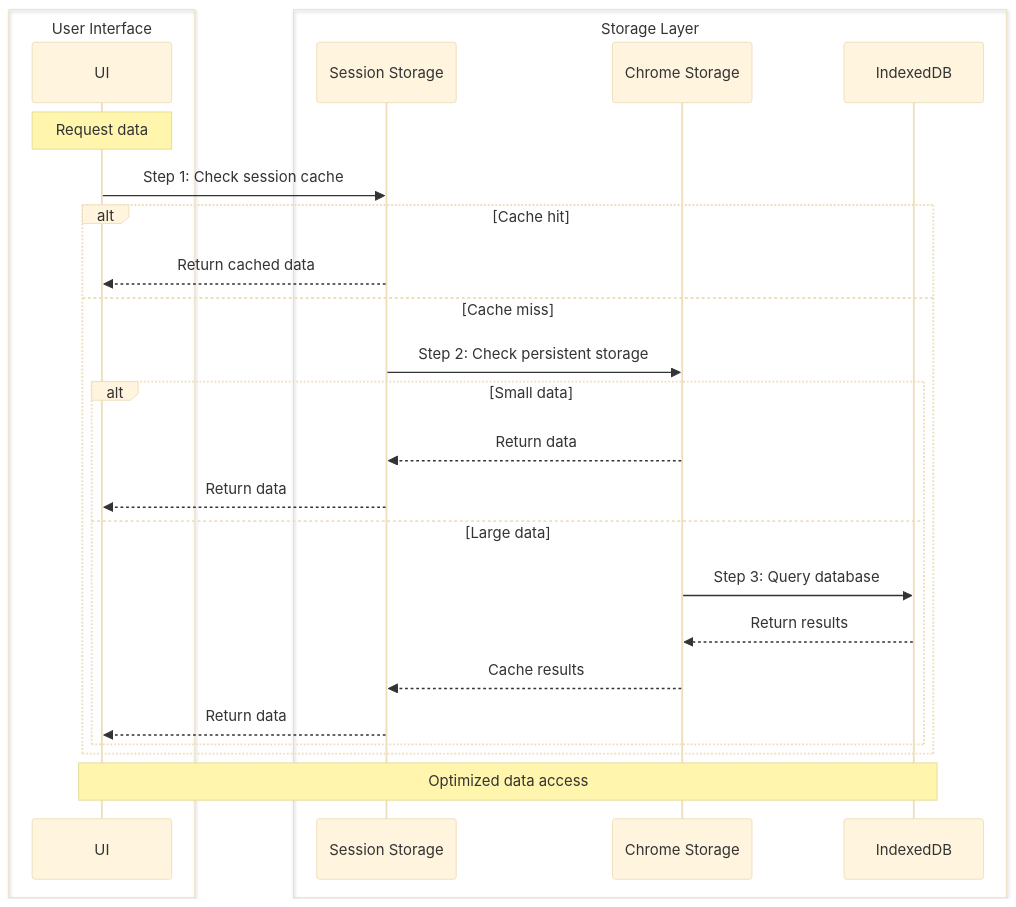
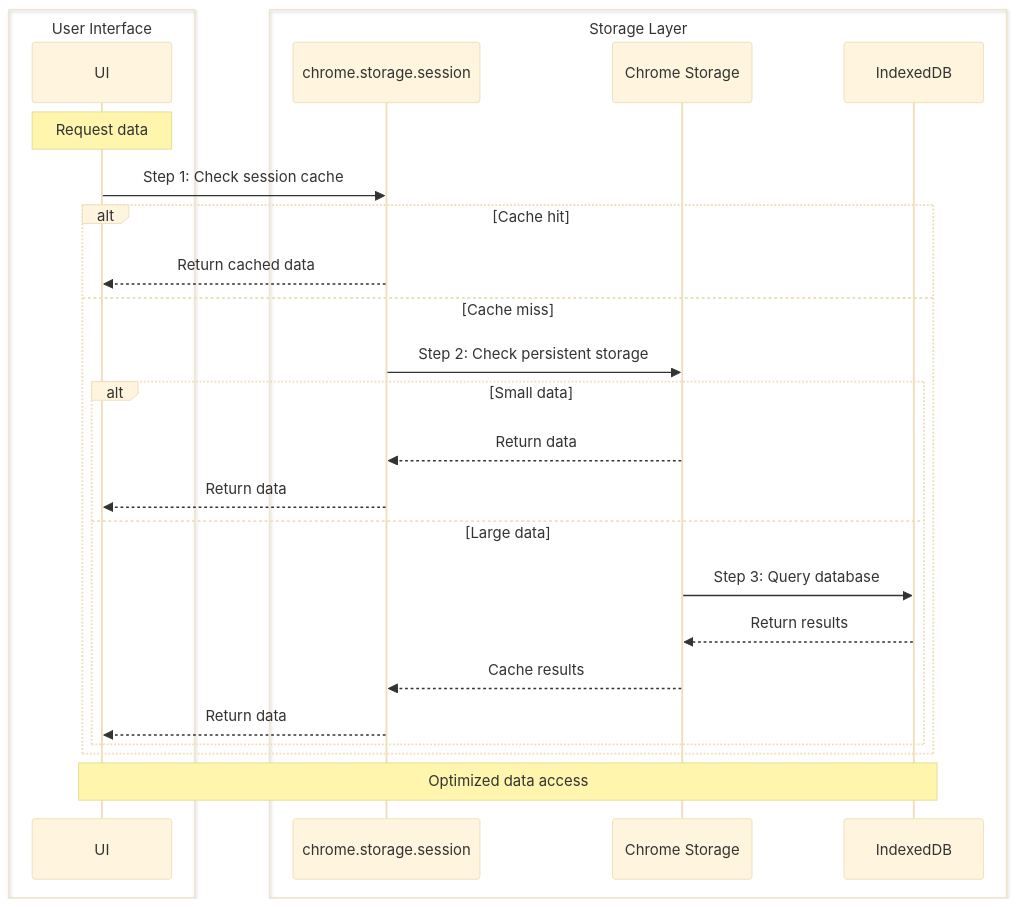
Before and after one commit to White-Rabbit-Lab/browser-extension: the third of 4 diagrams in docs/architecture/researches/2025-08-15-general-storage-patterns.md, drawn with Mermaid. The commit also changed other lines of this file and 1 other file, not shown here.

First line of the commit message:
docs(architecture): validate GPT5 feedback and update storage research specifications

````diff
--- a/docs/architecture/researches/2025-08-15-general-storage-patterns.md
+++ b/docs/architecture/researches/2025-08-15-general-storage-patterns.md
@@ -597,30 +605,30 @@
 ```mermaid
 %%{init: {'theme': 'base'} }%%
 sequenceDiagram
     box User Interface
         participant UI
     end
     box Storage Layer
-        participant Cache as Session Storage
+        participant Cache as chrome.storage.session
         participant Persistent as Chrome Storage
         participant Database as IndexedDB
     end
 
     Note over UI: Request data
     UI->>Cache: Step 1: Check session cache
     alt Cache hit
         Cache-->>UI: Return cached data
     else Cache miss
         Cache->>Persistent: Step 2: Check persistent storage
         alt Small data
             Persistent-->>Cache: Return data
             Cache-->>UI: Return data
         else Large data
             Persistent->>Database: Step 3: Query database
             Database-->>Persistent: Return results
             Persistent-->>Cache: Cache results
             Cache-->>UI: Return data
         end
     end
     Note over UI,Database: Optimized data access
 ```
````
